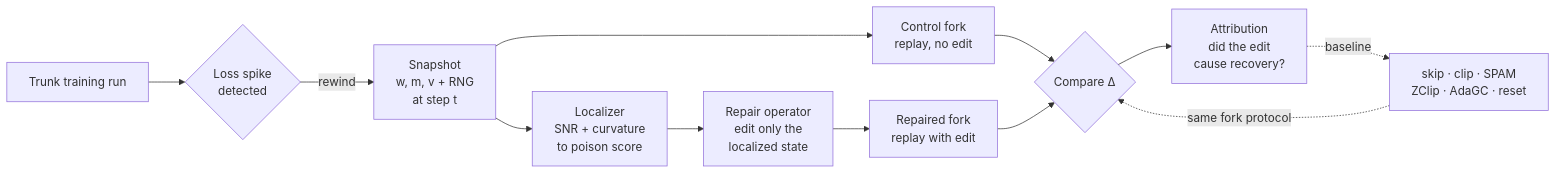
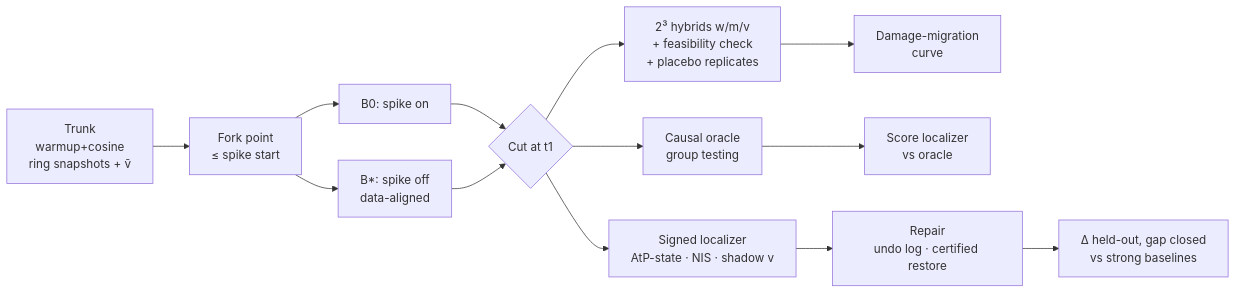
One commit to jaztulsi/optimizer-autopsy changed the diagram in README.md. Above: the diagram before and after it, drawn with Mermaid. The commit also changed other lines of this file and 46 other files, not shown here.

````diff
--- a/README.md
+++ b/README.md
@@ -42,14 +71,15 @@
 ```mermaid
 flowchart LR
-  A[Trunk training run] --> B{Loss spike<br/>detected}
-  B -->|rewind| C[Snapshot<br/>w, m, v + RNG<br/>at step t]
-  C --> D[Localizer<br/>SNR + curvature<br/>to poison score]
-  D --> E[Repair operator<br/>edit only the<br/>localized state]
-  C --> F[Control fork<br/>replay, no edit]
-  E --> G[Repaired fork<br/>replay with edit]
-  F --> H{Compare Δ}
-  G --> H
-  H --> I[Attribution<br/>did the edit<br/>cause recovery?]
-  I -.baseline.-> J[skip · clip · SPAM<br/>ZClip · AdaGC · reset]
-  J -.same fork protocol.-> H
+  T[Trunk<br/>warmup+cosine<br/>ring snapshots + v̄] --> F[Fork point<br/>≤ spike start]
+  F --> B0[B0: spike on]
+  F --> BS[B*: spike off<br/>data-aligned]
+  B0 --> C{Cut at t1}
+  BS --> C
+  C --> H[2³ hybrids w/m/v<br/>+ feasibility check<br/>+ placebo replicates]
+  H --> D[Damage-migration<br/>curve]
+  C --> O[Causal oracle<br/>group testing]
+  C --> L[Signed localizer<br/>AtP-state · NIS · shadow v]
+  O --> S[Score localizer<br/>vs oracle]
+  L --> R[Repair<br/>undo log · certified restore]
+  R --> E[Δ held-out, gap closed<br/>vs strong baselines]
 ```
````
